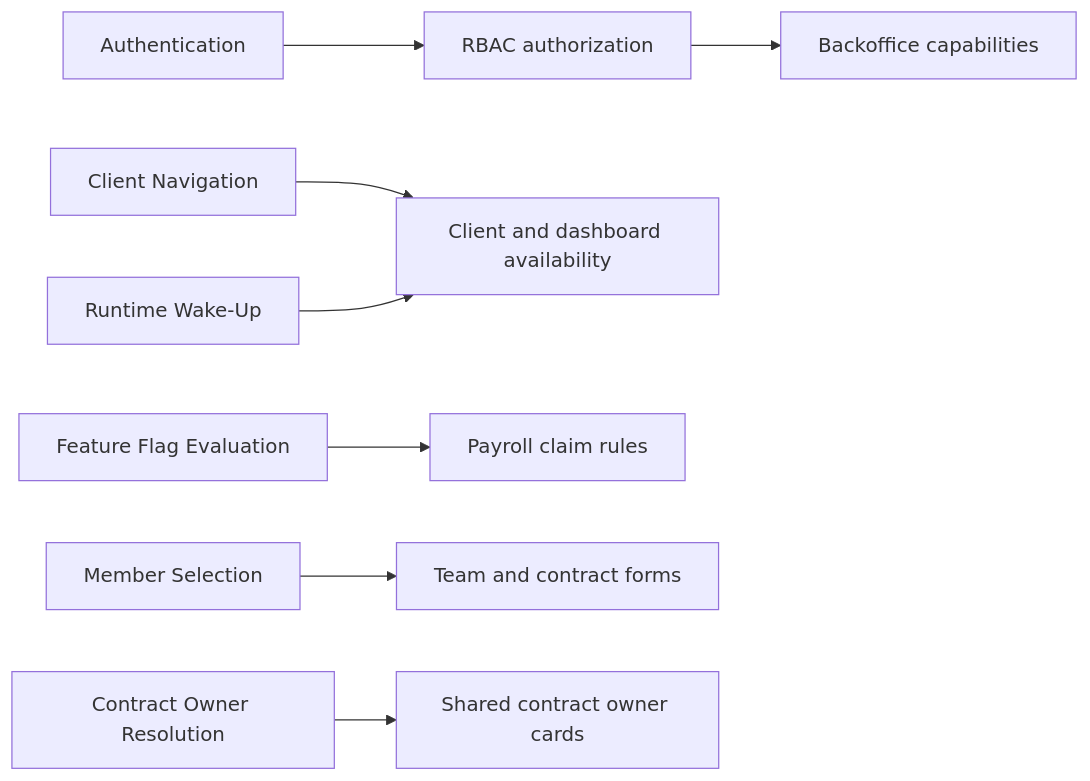
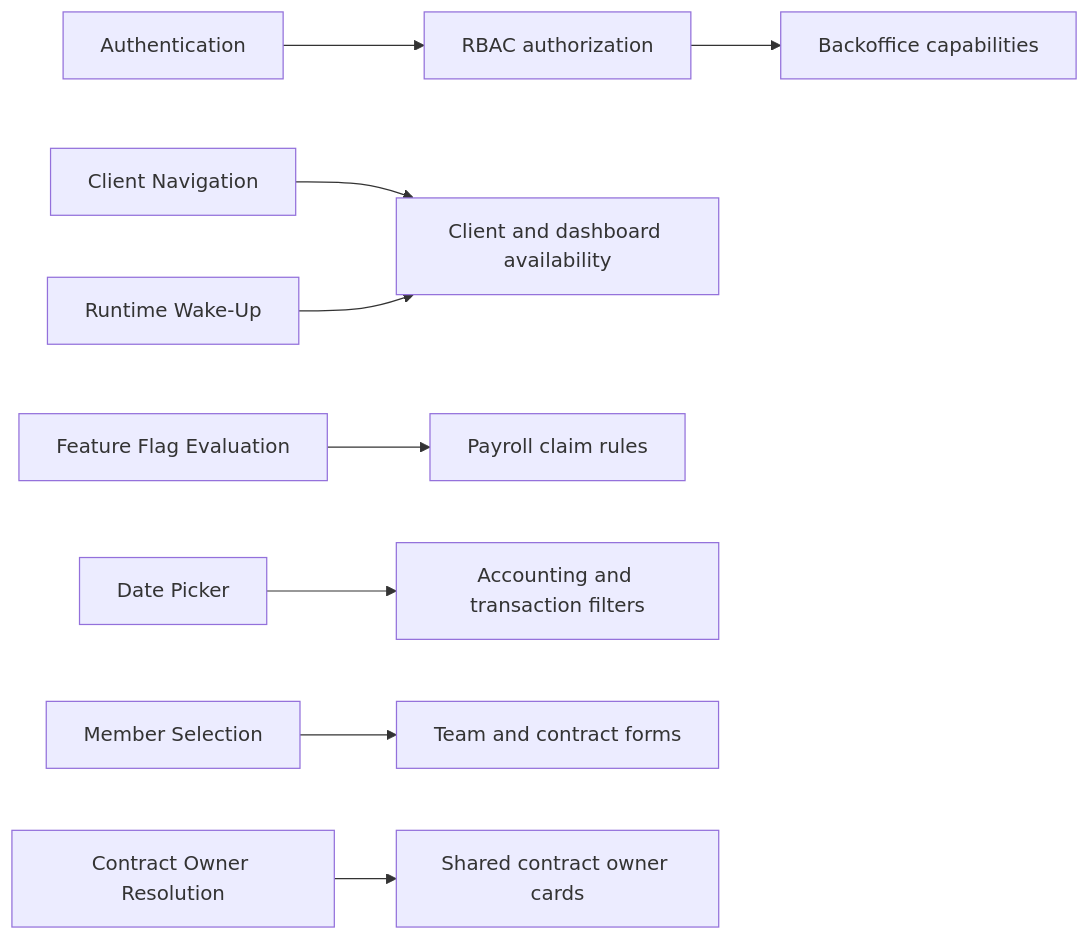
One commit to globe-and-citizen/cnc-portal changed the diagram in docs/implementation/README.md. Above: the diagram before and after it, drawn with Mermaid. The commit also changed other lines of this file and 14 other files, not shown here.

Commit message:
refactor: ♻️ rename shared date picker

````diff
--- a/docs/implementation/README.md
+++ b/docs/implementation/README.md
@@ -17,10 +17,11 @@
 ```mermaid
 flowchart LR
   auth[Authentication] --> rbac[RBAC authorization]
   rbac --> backoffice[Backoffice capabilities]
   navigation[Client Navigation] --> client[Client feature entry points]
   flags[Feature Flag Evaluation] --> payroll[Payroll claim rules]
   wake[Runtime Wake-Up] --> client[Client and dashboard availability]
+  datePicker[Date Picker] --> reports[Accounting and transaction filters]
   selection[Member Selection] --> forms[Team and contract forms]
   owner[Contract Owner Resolution] --> cards[Shared contract owner cards]
 ```
````
